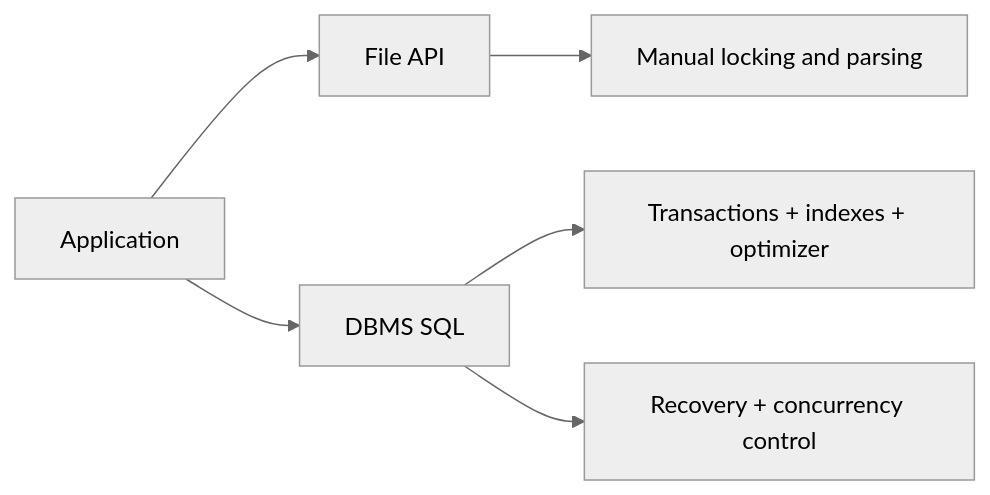
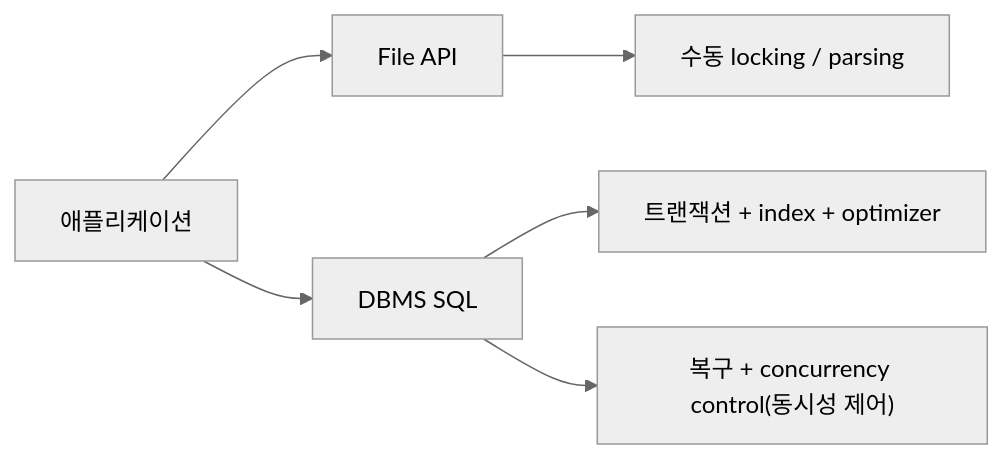
Before and after one commit to mandoobox/mandoobox.github.io: the second of 54 diagrams in _posts/cs-note/2026-02-27-database.md, drawn with Mermaid (neutral theme). The commit also changed other lines of this file and 18 other files, not shown here.

````diff
--- a/_posts/cs-note/2026-02-27-database.md
+++ b/_posts/cs-note/2026-02-27-database.md
@@ -39,8 +37,8 @@
 ```mermaid
 flowchart LR
-  APP[Application] --> FS[File API]
+  APP[애플리케이션] --> FS[File API]
   APP --> DB[DBMS SQL]
-  FS --> F1[Manual locking and parsing]
-  DB --> D1["Transactions + indexes + optimizer"]
-  DB --> D2["Recovery + concurrency control"]
+  FS --> F1[수동 locking / parsing]
+  DB --> D1["트랜잭션 + index + optimizer"]
+  DB --> D2["복구 + concurrency control(동시성 제어)"]
 ```
````
